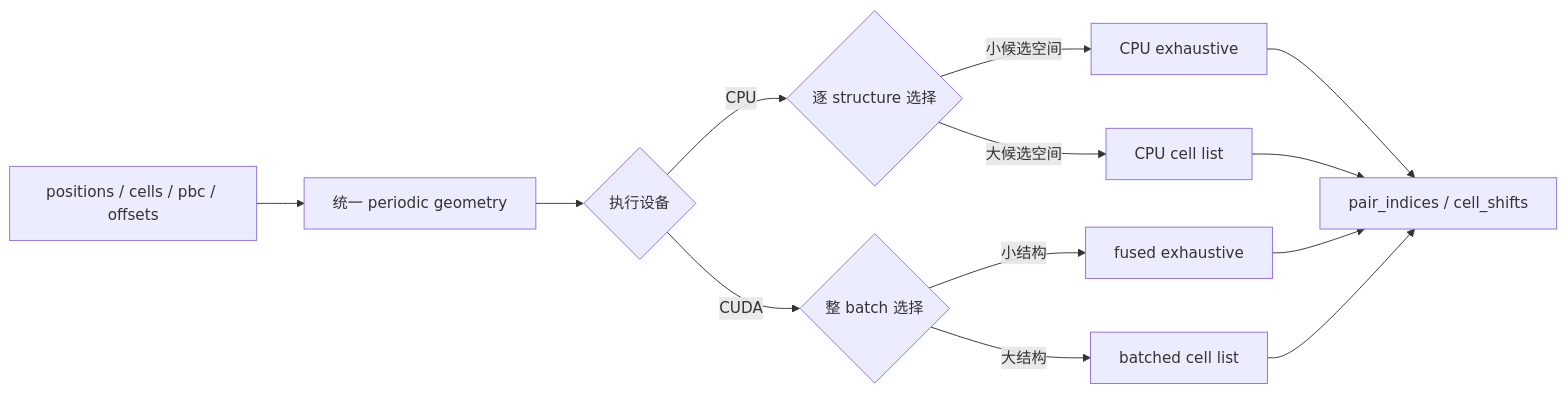
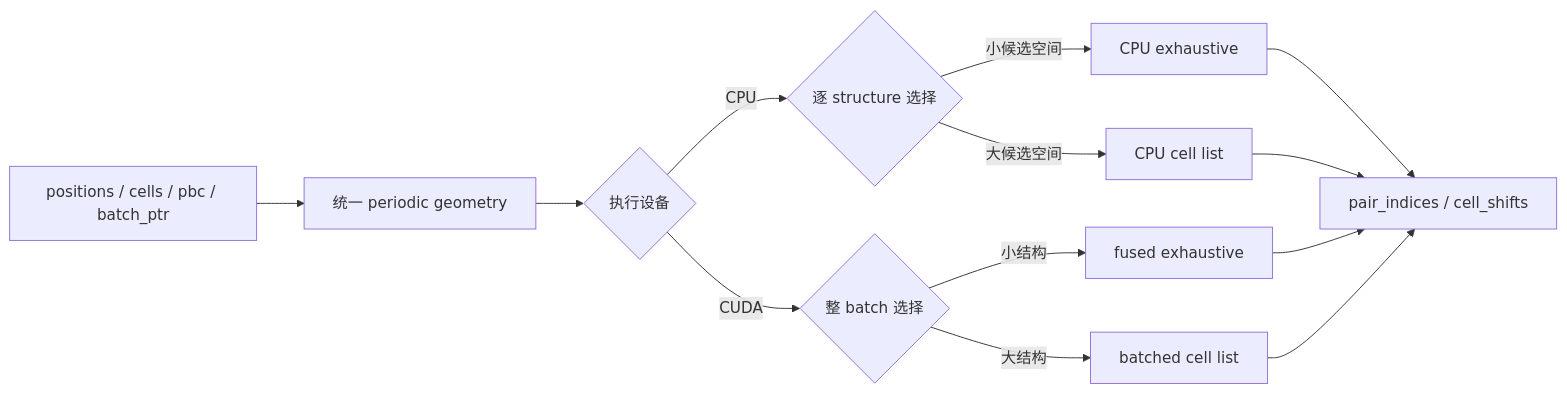
One commit to songfeitong/tonari changed the diagram in docs/algorithm-overview.md. Above: the diagram before and after it, drawn with Mermaid. The commit also changed other lines of this file and 34 other files, not shown here.

Commit message:
Rename batch boundaries to batch_ptr

````diff
--- a/docs/algorithm-overview.md
+++ b/docs/algorithm-overview.md
@@ -23,15 +23,15 @@
 ```mermaid
 flowchart LR
-    A["positions / cells / pbc / offsets"] --> B["统一 periodic geometry"]
+    A["positions / cells / pbc / batch_ptr"] --> B["统一 periodic geometry"]
     B --> C{"执行设备"}
     C -- "CPU" --> D{"逐 structure 选择"}
     D -- "小候选空间" --> E["CPU exhaustive"]
     D -- "大候选空间" --> F["CPU cell list"]
     C -- "CUDA" --> G{"整 batch 选择"}
     G -- "小结构" --> H["fused exhaustive"]
     G -- "大结构" --> I["batched cell list"]
     E --> J["pair_indices / cell_shifts"]
     F --> J
     H --> J
     I --> J
 ```
````
